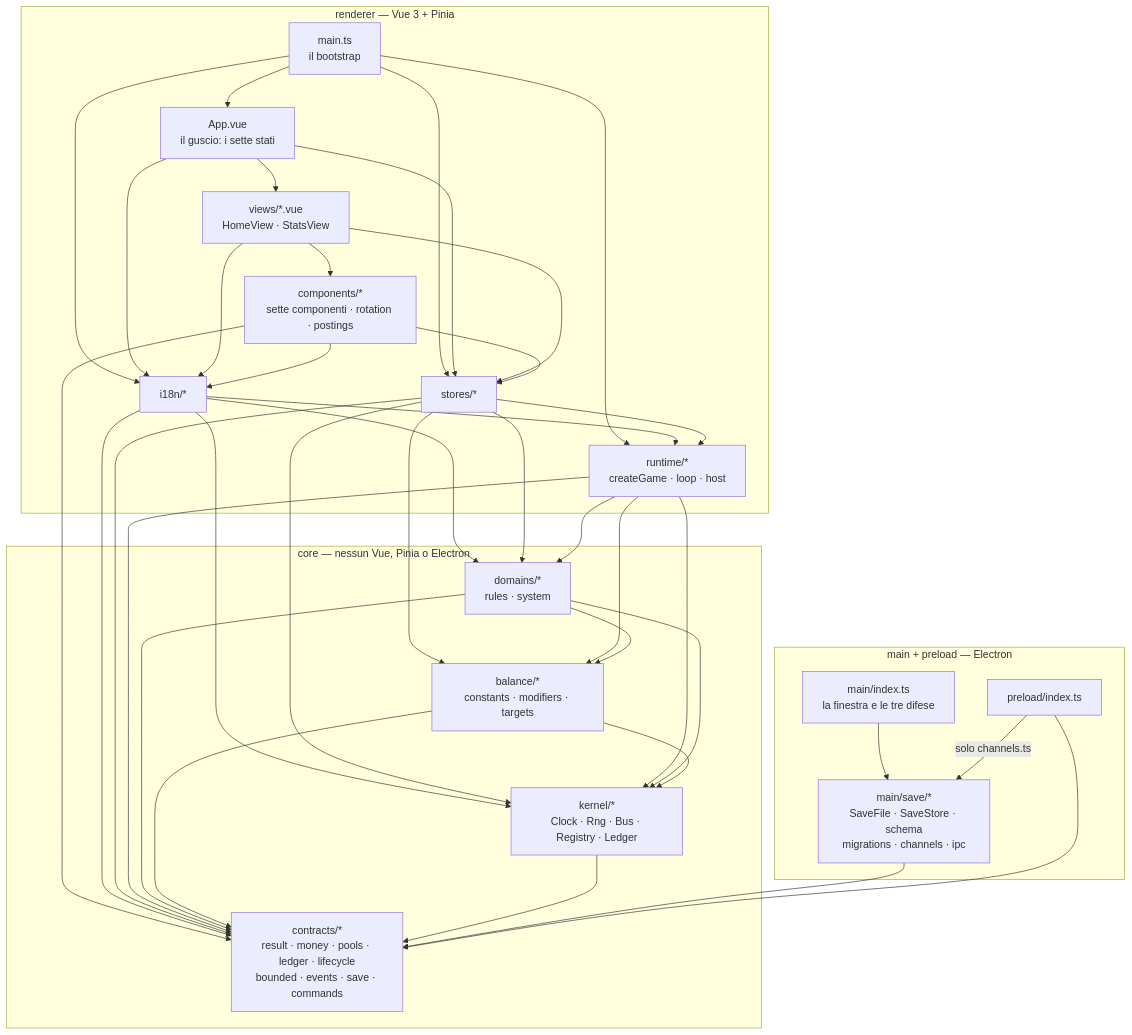
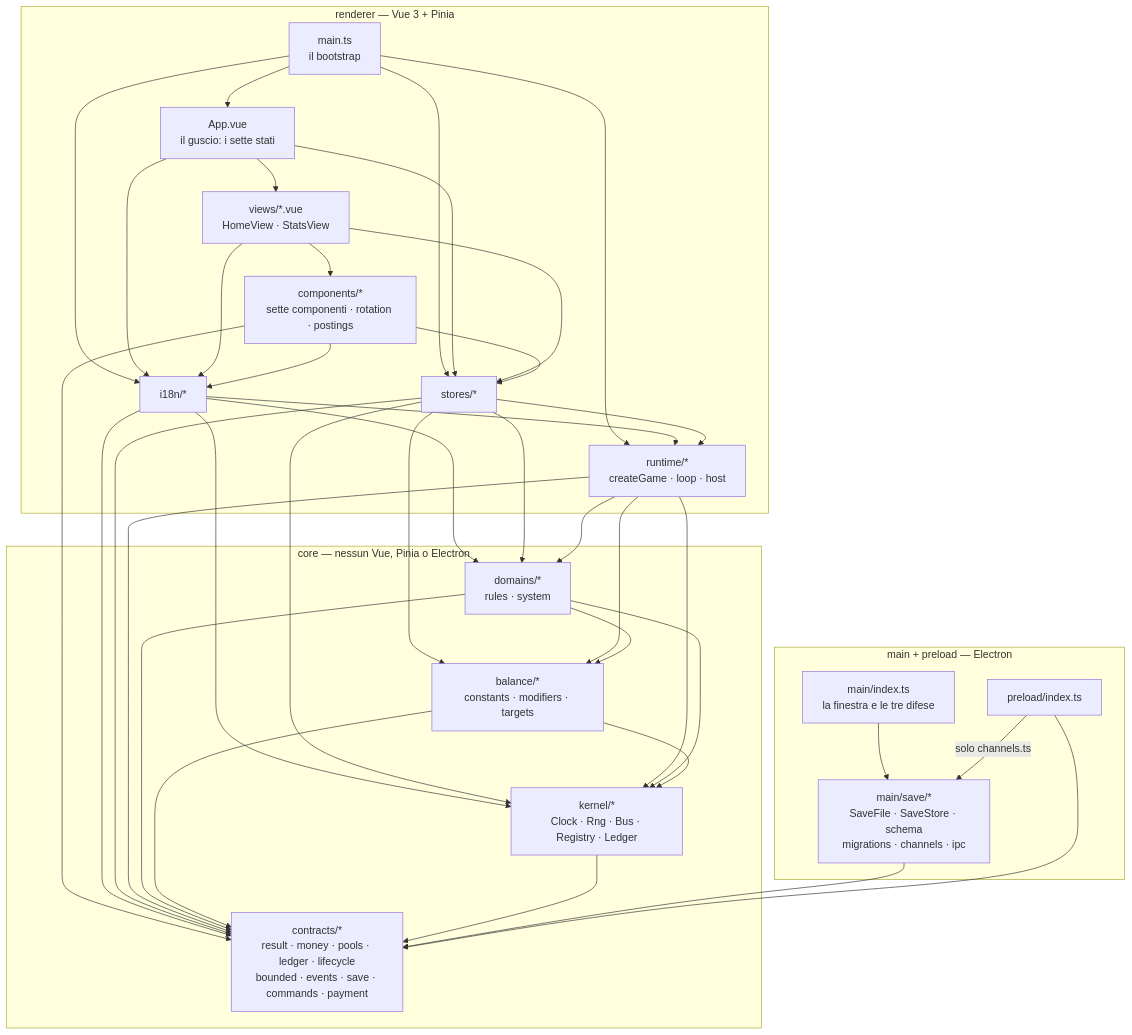
The diagram in docs/architettura.md (devfrx/solvent), drawn with Mermaid before and after one commit. The commit also changed other lines of this file and 27 other files, not shown here.

````diff
--- a/docs/architettura.md
+++ b/docs/architettura.md
@@ -14,62 +14,62 @@
 ```mermaid
 flowchart TD
   subgraph PLAT["main + preload — Electron"]
     MAIN["main/index.ts<br/>la finestra e le tre difese"]
     SAVE["main/save/*<br/>SaveFile · SaveStore · schema<br/>migrations · channels · ipc"]
     PRE["preload/index.ts"]
   end
 
   subgraph REND["renderer — Vue 3 + Pinia"]
     BOOT["main.ts<br/>il bootstrap"]
     APP["App.vue<br/>il guscio: i sette stati"]
     VIEWS["views/*.vue<br/>HomeView · StatsView"]
     CMP["components/*<br/>sette componenti · rotation · postings"]
     I18N["i18n/*"]
     ST["stores/*"]
     RT["runtime/*<br/>createGame · loop · host"]
   end
 
   subgraph CORE["core — nessun Vue, Pinia o Electron"]
     DOM["domains/*<br/>rules · system"]
     BAL["balance/*<br/>constants · modifiers · targets"]
     KER["kernel/*<br/>Clock · Rng · Bus · Registry · Ledger"]
-    CON["contracts/*<br/>result · money · pools · ledger · lifecycle<br/>bounded · events · save · commands"]
+    CON["contracts/*<br/>result · money · pools · ledger · lifecycle<br/>bounded · events · save · commands · payment"]
   end
 
   BOOT --> APP
   BOOT --> ST
   BOOT --> RT
   BOOT --> I18N
   APP --> VIEWS
   APP --> ST
   APP --> I18N
   VIEWS --> CMP
   VIEWS --> ST
   VIEWS --> I18N
   CMP --> ST
   CMP --> I18N
   CMP --> CON
   I18N --> CON
   I18N --> DOM
   I18N --> KER
   I18N --> RT
   ST  --> RT
   ST  --> DOM
   ST  --> KER
   ST  --> BAL
   ST  --> CON
   RT  --> DOM
   RT  --> KER
   RT  --> BAL
   RT  --> CON
   DOM --> BAL
   DOM --> KER
   DOM --> CON
   BAL --> KER
   BAL --> CON
   KER --> CON
   MAIN --> SAVE
   SAVE --> CON
   PRE --> CON
   PRE -->|solo channels.ts| SAVE
 ```
````
